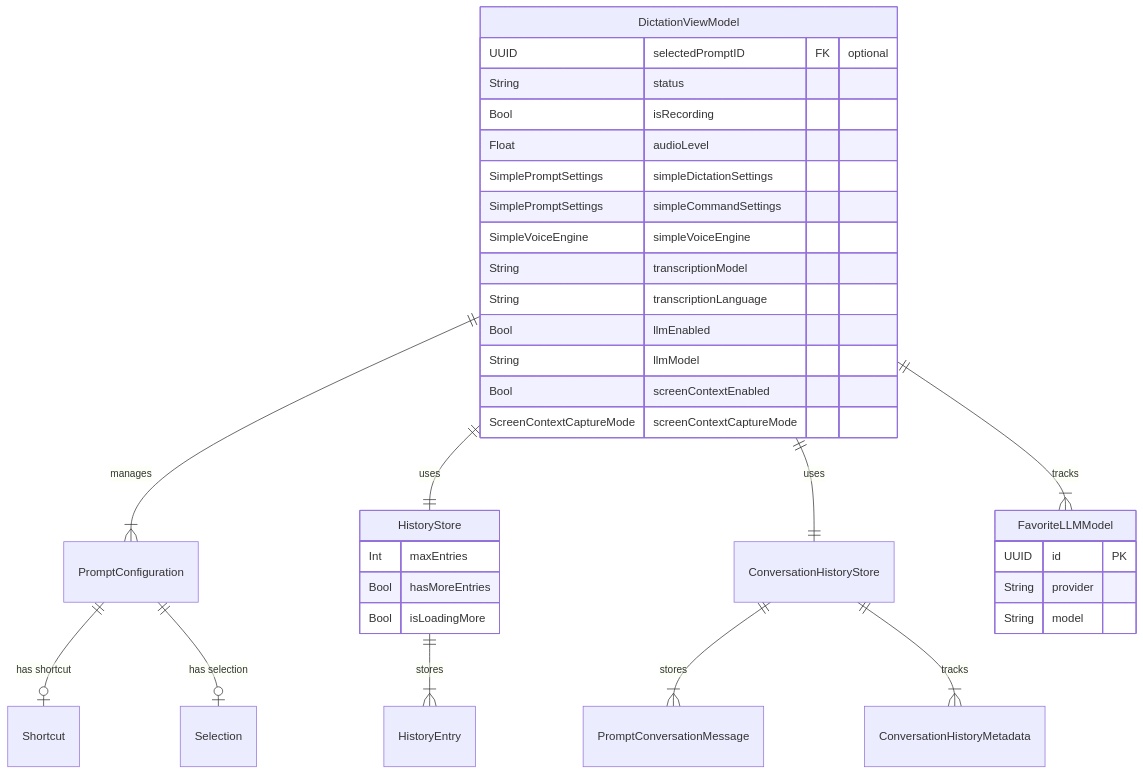
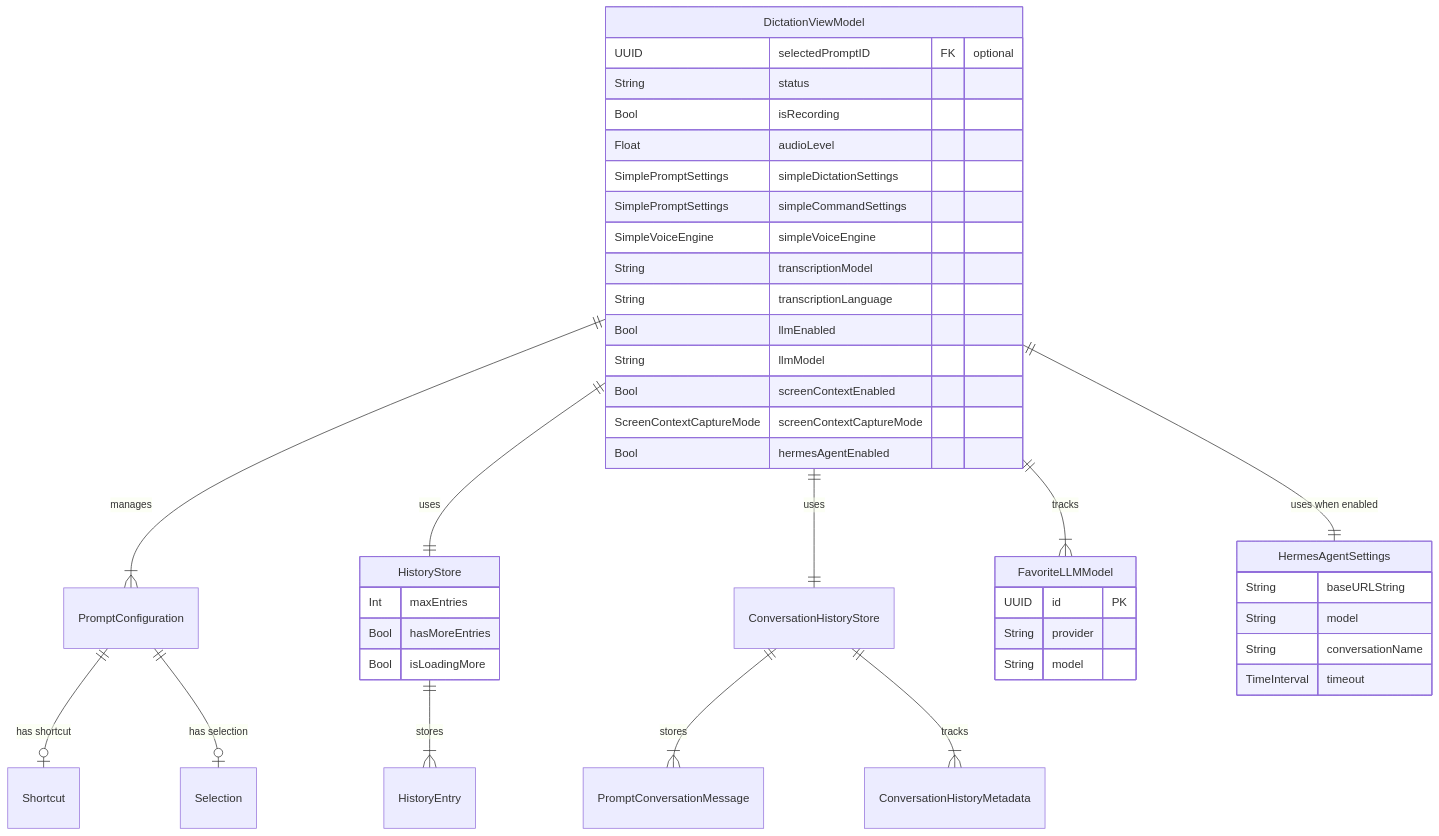
The seventh of 11 diagrams in datamodel.md (dkapo88/WonderWhisper-macOS), drawn with Mermaid before and after one commit. The commit also changed other lines of this file and 20 other files, not shown here.

Commit message:
feat: add Hermes voice agent workflow

````diff
--- a/datamodel.md
+++ b/datamodel.md
@@ -254,43 +254,52 @@
 ```mermaid
 erDiagram
     DictationViewModel ||--|{ PromptConfiguration : "manages"
     DictationViewModel ||--|| HistoryStore : "uses"
     DictationViewModel ||--|| ConversationHistoryStore : "uses"
     DictationViewModel ||--|{ FavoriteLLMModel : "tracks"
+    DictationViewModel ||--|| HermesAgentSettings : "uses when enabled"
     
     HistoryStore ||--|{ HistoryEntry : "stores"
     
     ConversationHistoryStore ||--|{ PromptConversationMessage : "stores"
     ConversationHistoryStore ||--|{ ConversationHistoryMetadata : "tracks"
     
     PromptConfiguration ||--o| Shortcut : "has shortcut"
     PromptConfiguration ||--o| Selection : "has selection"
     
     DictationViewModel {
         UUID selectedPromptID FK "optional"
         String status
         Bool isRecording
         Float audioLevel
         SimplePromptSettings simpleDictationSettings
         SimplePromptSettings simpleCommandSettings
         SimpleVoiceEngine simpleVoiceEngine
         String transcriptionModel
         String transcriptionLanguage
         Bool llmEnabled
         String llmModel
         Bool screenContextEnabled
         ScreenContextCaptureMode screenContextCaptureMode
+        Bool hermesAgentEnabled
     }
     
     HistoryStore {
         Int maxEntries
         Bool hasMoreEntries
         Bool isLoadingMore
     }
     
     FavoriteLLMModel {
         UUID id PK
         String provider
         String model
     }
+
+    HermesAgentSettings {
+        String baseURLString
+        String model
+        String conversationName
+        TimeInterval timeout
+    }
 ```
````
